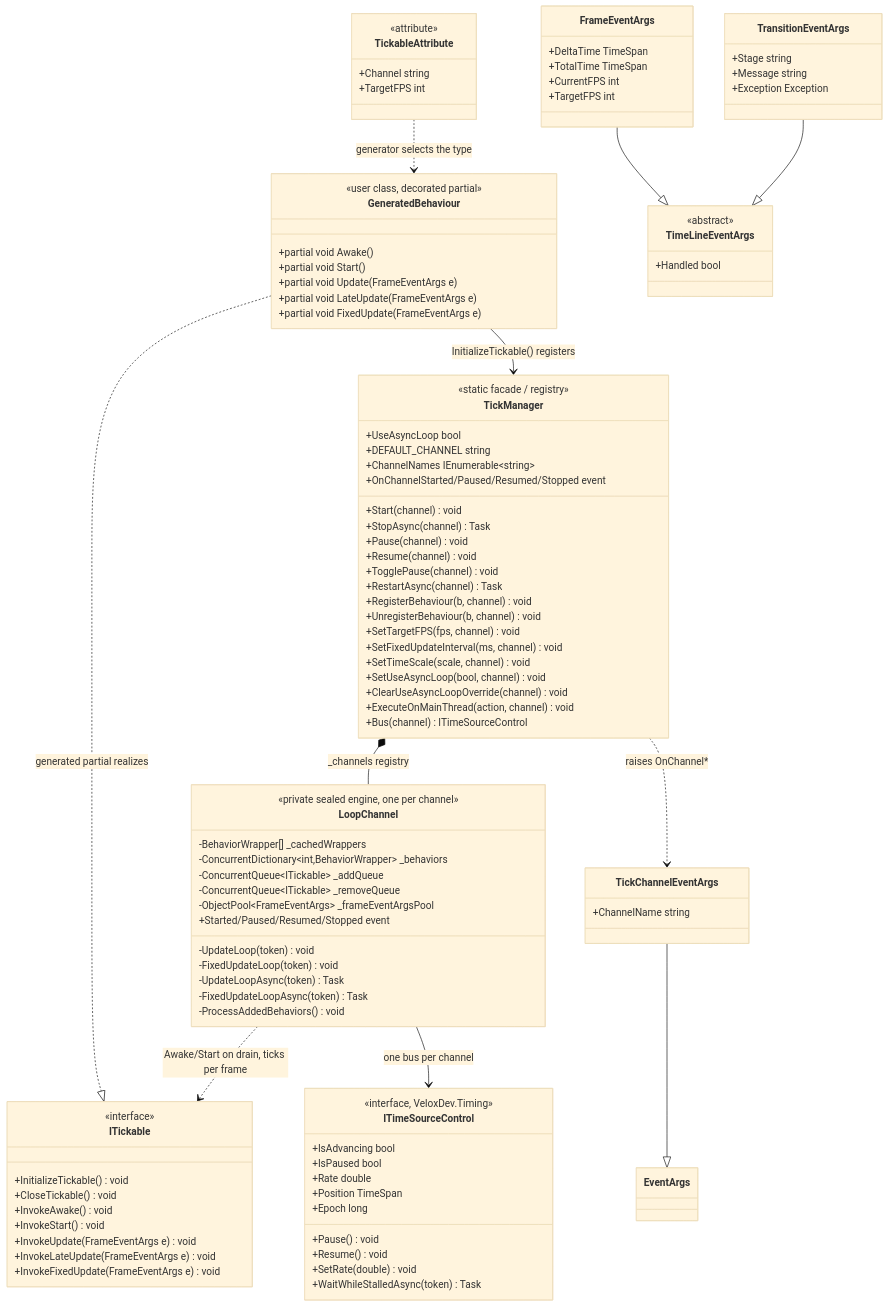
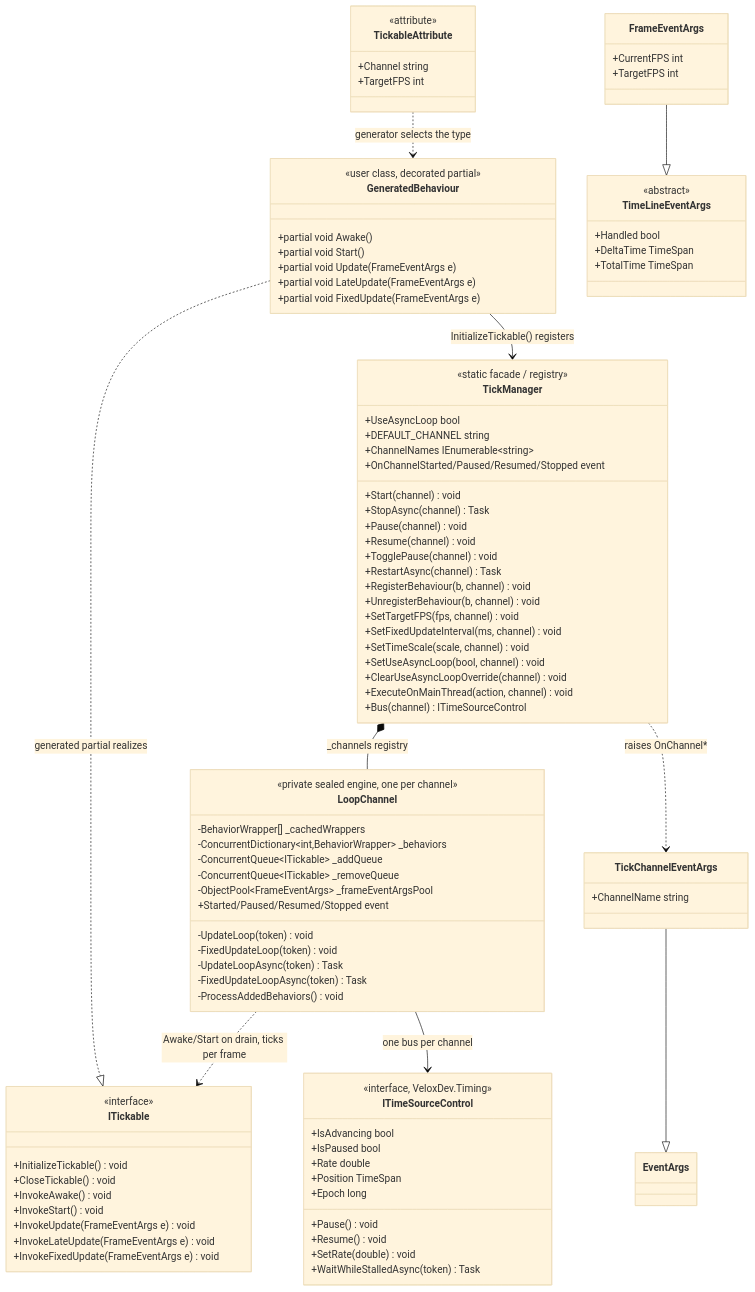
Before and after one commit to Axvser/VeloxDev.Docs: the diagram in src/CloudGlyph/Assets/Docs/content/en/3_SE_Analysis/02_design-patterns/06_tickable/index.md, drawn with Mermaid (base theme). The commit also changed 78 other files, not shown here.

First line of the commit message:
docs(transition): the wiki follows the event-args redesign and the role folders

````diff
--- a/src/CloudGlyph/Assets/Docs/content/en/3_SE_Analysis/02_design-patterns/06_tickable/index.md
+++ b/src/CloudGlyph/Assets/Docs/content/en/3_SE_Analysis/02_design-patterns/06_tickable/index.md
@@ -80,17 +80,12 @@
     class TimeLineEventArgs {
         <<abstract>>
         +Handled bool
+        +DeltaTime TimeSpan
+        +TotalTime TimeSpan
     }
     class FrameEventArgs {
-        +DeltaTime TimeSpan
-        +TotalTime TimeSpan
         +CurrentFPS int
         +TargetFPS int
-    }
-    class TransitionEventArgs {
-        +Stage string
-        +Message string
-        +Exception Exception
     }
     class TickChannelEventArgs {
         +ChannelName string
@@ -104,6 +99,5 @@
     LoopChannel --> ITimeSourceControl : one bus per channel
     TickManager ..> TickChannelEventArgs : raises OnChannel*
     FrameEventArgs --|> TimeLineEventArgs
-    TransitionEventArgs --|> TimeLineEventArgs
     TickChannelEventArgs --|> EventArgs
 ```
````
